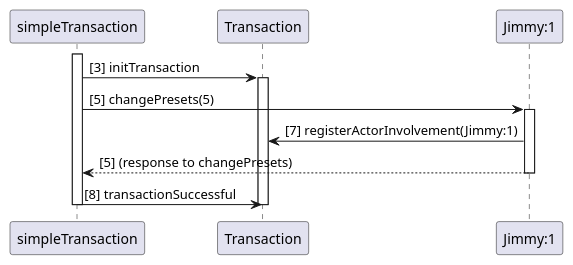
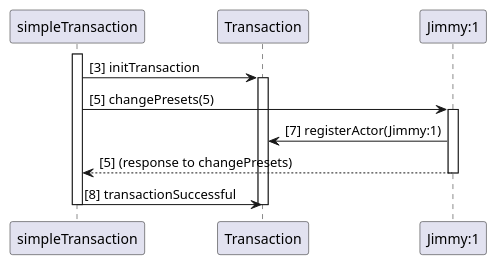
Before and after one commit to orbit/orbit: the diagram in actors/core/src/main/java/com/ea/orbit/actors/transactions/successfulTransaction.puml, drawn with PlantUML. The commit also changed 16 other files, not shown here.

```diff
--- a/actors/core/src/main/java/com/ea/orbit/actors/transactions/successfulTransaction.puml
+++ b/actors/core/src/main/java/com/ea/orbit/actors/transactions/successfulTransaction.puml
@@ -1,13 +1,13 @@
 @startuml
 activate "simpleTransaction"
 "simpleTransaction" -> "Transaction" : [3] initTransaction
 activate "Transaction"
 "simpleTransaction" -> "Jimmy:1" : [5] changePresets(5)
 activate "Jimmy:1"
-"Jimmy:1" -> "Transaction" : [7] registerActorInvolvement(Jimmy:1)
+"Jimmy:1" -> "Transaction" : [7] registerActor(Jimmy:1)
 "Jimmy:1" --> "simpleTransaction" : [5] (response to changePresets)
 deactivate "Jimmy:1"
 "simpleTransaction" -> "Transaction" : [8] transactionSuccessful
 deactivate "Transaction"
 deactivate "simpleTransaction"
 @enduml
```
